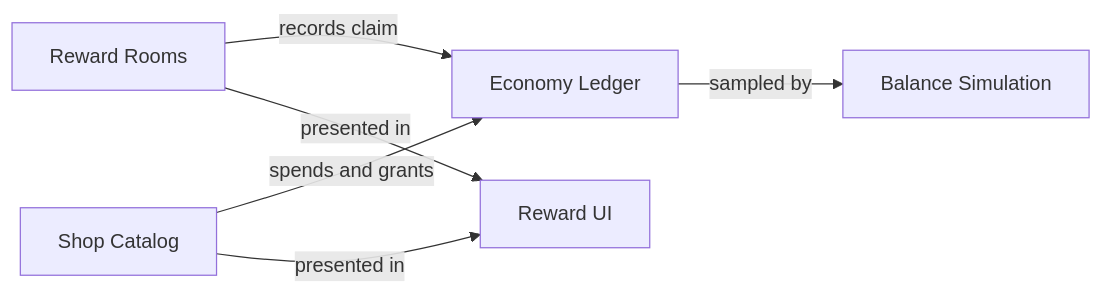
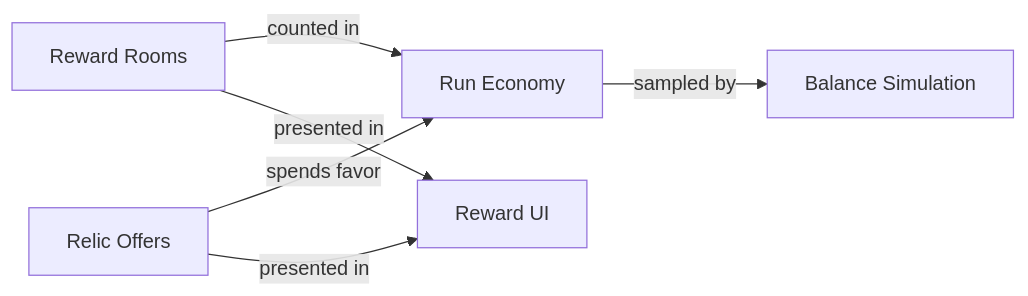
Before and after one commit to BorisThoris/memory-dungeon: the fifth of 11 diagrams in docs/system-diagrams/README.md, drawn with Mermaid. The commit also changed other lines of this file and 119 other files, not shown here.

````diff
--- a/docs/system-diagrams/README.md
+++ b/docs/system-diagrams/README.md
@@ -202,13 +202,13 @@
 ```mermaid
 flowchart LR
     reward_rooms["Reward Rooms"]
-    shop_catalog["Shop Catalog"]
-    economy_ledger["Economy Ledger"]
+    relic_offers["Relic Offers"]
+    run_economy["Run Economy"]
     balance_sim["Balance Simulation"]
     reward_ui["Reward UI"]
-    reward_rooms -->|"records claim"| economy_ledger
-    shop_catalog -->|"spends and grants"| economy_ledger
-    economy_ledger -->|"sampled by"| balance_sim
-    shop_catalog -->|"presented in"| reward_ui
+    reward_rooms -->|"counted in"| run_economy
+    relic_offers -->|"spends favor"| run_economy
+    run_economy -->|"sampled by"| balance_sim
+    relic_offers -->|"presented in"| reward_ui
     reward_rooms -->|"presented in"| reward_ui
 ```
````
